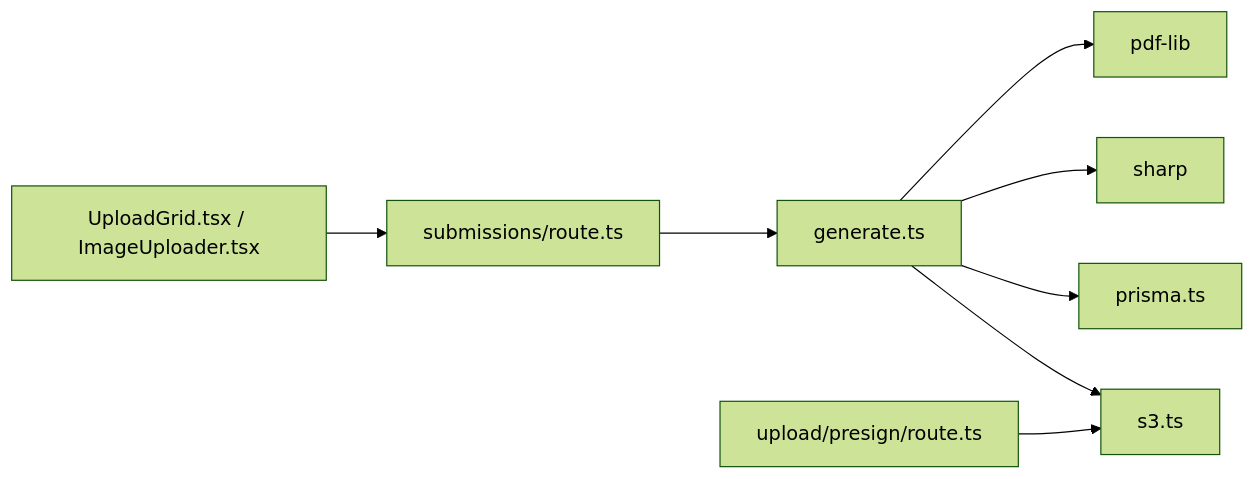
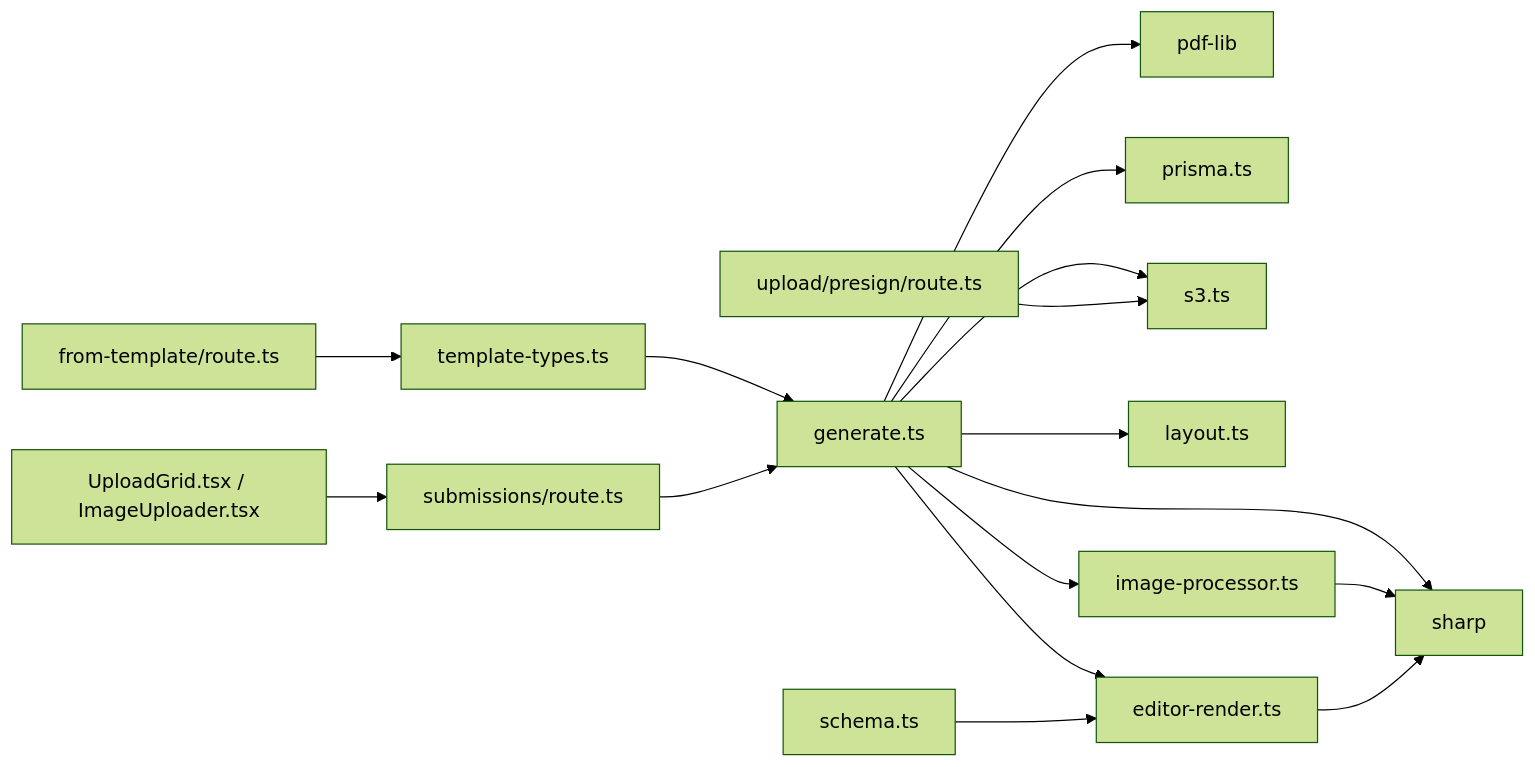
One commit to Crowdspender/titchybooks-app changed the eighth of 8 diagrams in .qoder/repowiki/en/content/PDF Generation Engine/PDF Generation Engine.md. Above: the diagram before and after it, drawn with Mermaid (forest theme). The commit also changed other lines of this file and 62 other files, not shown here.

````diff
--- a/.qoder/repowiki/en/content/PDF Generation Engine/PDF Generation Engine.md
+++ b/.qoder/repowiki/en/content/PDF Generation Engine/PDF Generation Engine.md
@@ -304,10 +459,18 @@
 ```mermaid
 graph LR
 PDFGEN["generate.ts"] --> PDFLIB["pdf-lib"]
 PDFGEN --> SHARP["sharp"]
 PDFGEN --> PRISMA["prisma.ts"]
 PDFGEN --> S3UTIL["s3.ts"]
+PDFGEN --> LAYOUT["layout.ts"]
+PDFGEN --> IMGPROC["image-processor.ts"]
+PDFGEN --> EDITREND["editor-render.ts"]
+IMGPROC --> SHARP
+EDITREND --> SHARP
+TEMPLATES["template-types.ts"] --> PDFGEN
+SCHEMA["schema.ts"] --> EDITREND
 SUBAPI["submissions/route.ts"] --> PDFGEN
+FROMTEMPLATE["from-template/route.ts"] --> TEMPLATES
 PRESIGN["upload/presign/route.ts"] --> S3UTIL
 FE["UploadGrid.tsx / ImageUploader.tsx"] --> SUBAPI
 ```
````
